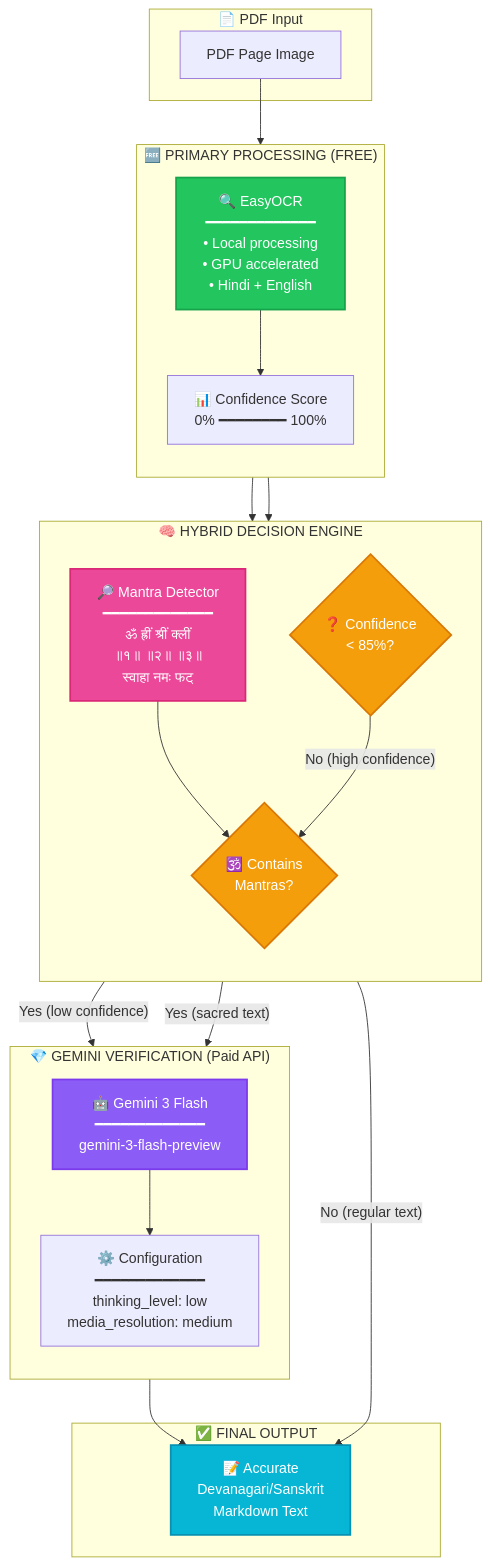
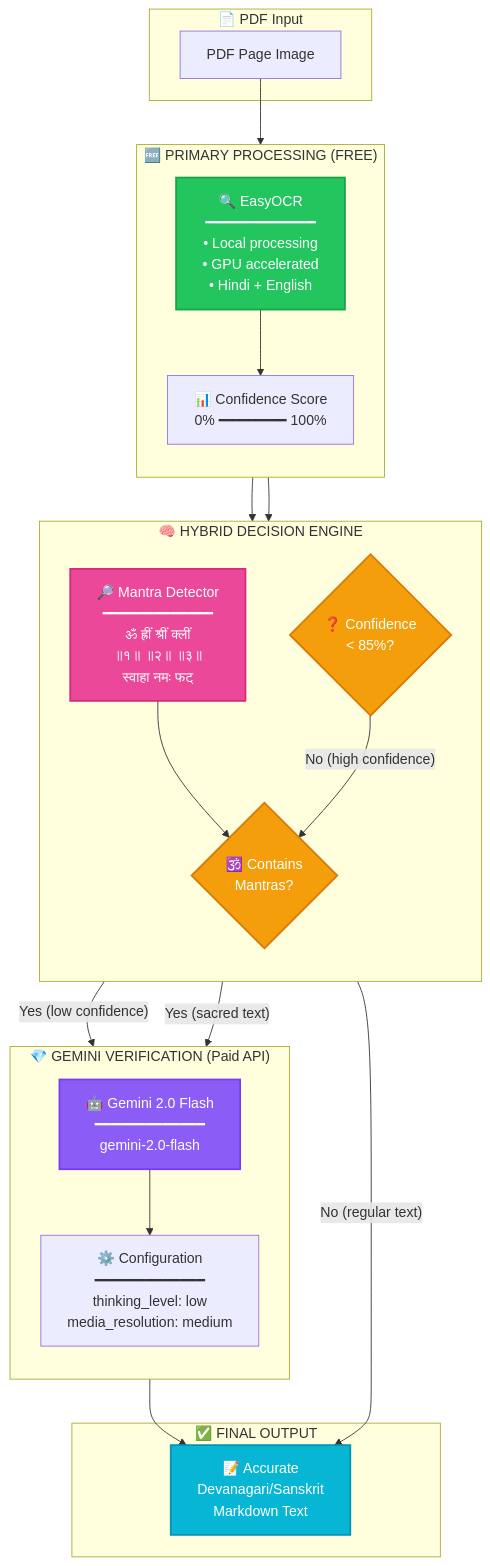
Before and after one commit to rajeshkanaka/OCR-Devnagari: the first of 6 diagrams in docs/HYBRID_ARCHITECTURE.md, drawn with Mermaid. The commit also changed other lines of this file and 24 other files, not shown here.

First line of the commit message:
feat: hybrid OCR architecture with resilient multi-backend support

````diff
--- a/docs/HYBRID_ARCHITECTURE.md
+++ b/docs/HYBRID_ARCHITECTURE.md
@@ -38,50 +38,50 @@
 ```mermaid
 flowchart TB
     subgraph INPUT["📄 PDF Input"]
         PDF[PDF Page Image]
     end
 
     subgraph PRIMARY["🆓 PRIMARY PROCESSING (FREE)"]
         direction TB
         EASY["🔍 EasyOCR<br/>━━━━━━━━━━━━━<br/>• Local processing<br/>• GPU accelerated<br/>• Hindi + English"]
         CONF["📊 Confidence Score<br/>0% ━━━━━━━━ 100%"]
     end
 
     subgraph DECISION["🧠 HYBRID DECISION ENGINE"]
         direction TB
         CHECK1{"❓ Confidence<br/>< 85%?"}
         CHECK2{"🕉️ Contains<br/>Mantras?"}
         DETECT["🔎 Mantra Detector<br/>━━━━━━━━━━━━━<br/>ॐ ह्रीं श्रीं क्लीं<br/>॥१॥ ॥२॥ ॥३॥<br/>स्वाहा नमः फट्"]
     end
 
     subgraph GEMINI["💎 GEMINI VERIFICATION (Paid API)"]
         direction TB
-        GEM["🤖 Gemini 3 Flash<br/>━━━━━━━━━━━━━<br/>gemini-3-flash-preview"]
+        GEM["🤖 Gemini 2.0 Flash<br/>━━━━━━━━━━━━━<br/>gemini-2.0-flash"]
         CONFIG["⚙️ Configuration<br/>━━━━━━━━━━━━━<br/>thinking_level: low<br/>media_resolution: medium"]
     end
 
     subgraph OUTPUT["✅ FINAL OUTPUT"]
         RESULT["📝 Accurate<br/>Devanagari/Sanskrit<br/>Markdown Text"]
     end
 
     PDF --> EASY
     EASY --> CONF
     CONF --> CHECK1
     CONF --> DETECT
     DETECT --> CHECK2
     
     CHECK1 -->|"Yes (low confidence)"| GEM
     CHECK2 -->|"Yes (sacred text)"| GEM
     CHECK1 -->|"No (high confidence)"| CHECK2
     CHECK2 -->|"No (regular text)"| RESULT
     
     GEM --> CONFIG
     CONFIG --> RESULT
 
     style EASY fill:#22c55e,color:#fff,stroke:#16a34a,stroke-width:2px
     style GEM fill:#8b5cf6,color:#fff,stroke:#7c3aed,stroke-width:2px
     style RESULT fill:#06b6d4,color:#fff,stroke:#0891b2,stroke-width:2px
     style CHECK1 fill:#f59e0b,color:#fff,stroke:#d97706,stroke-width:2px
     style CHECK2 fill:#f59e0b,color:#fff,stroke:#d97706,stroke-width:2px
     style DETECT fill:#ec4899,color:#fff,stroke:#db2777,stroke-width:2px
 ```
````
